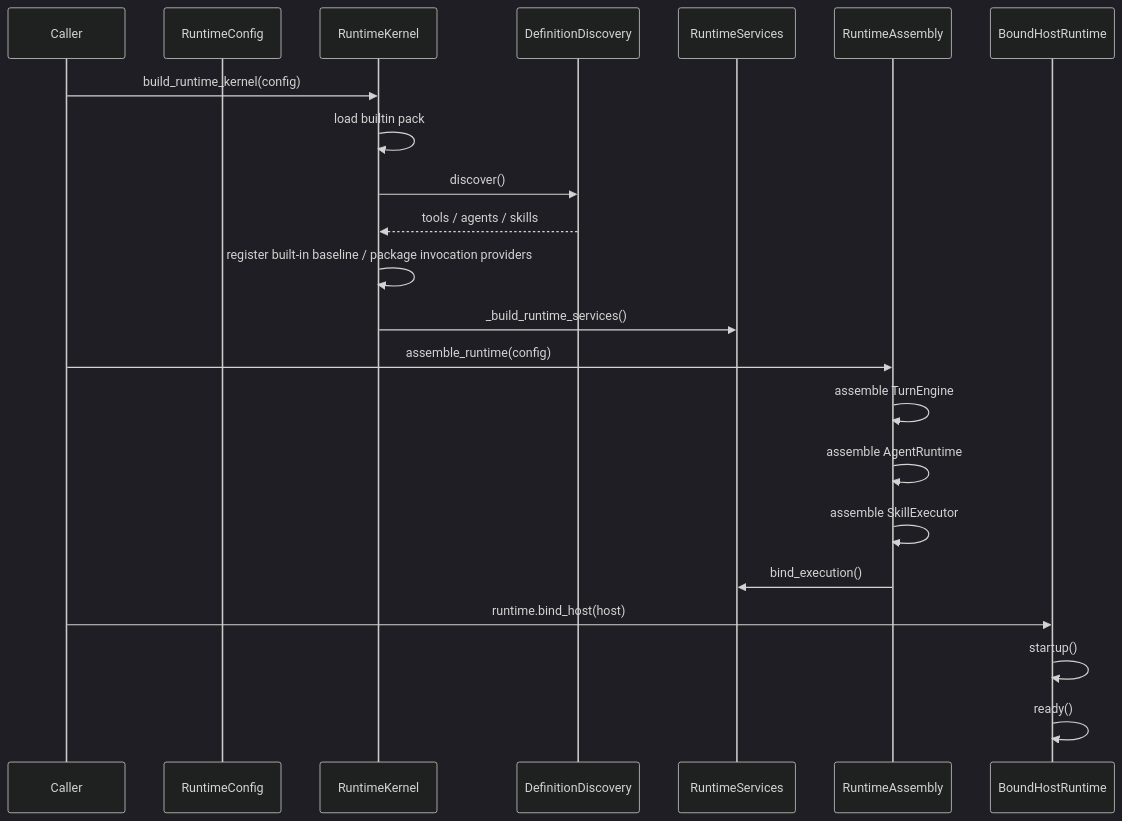
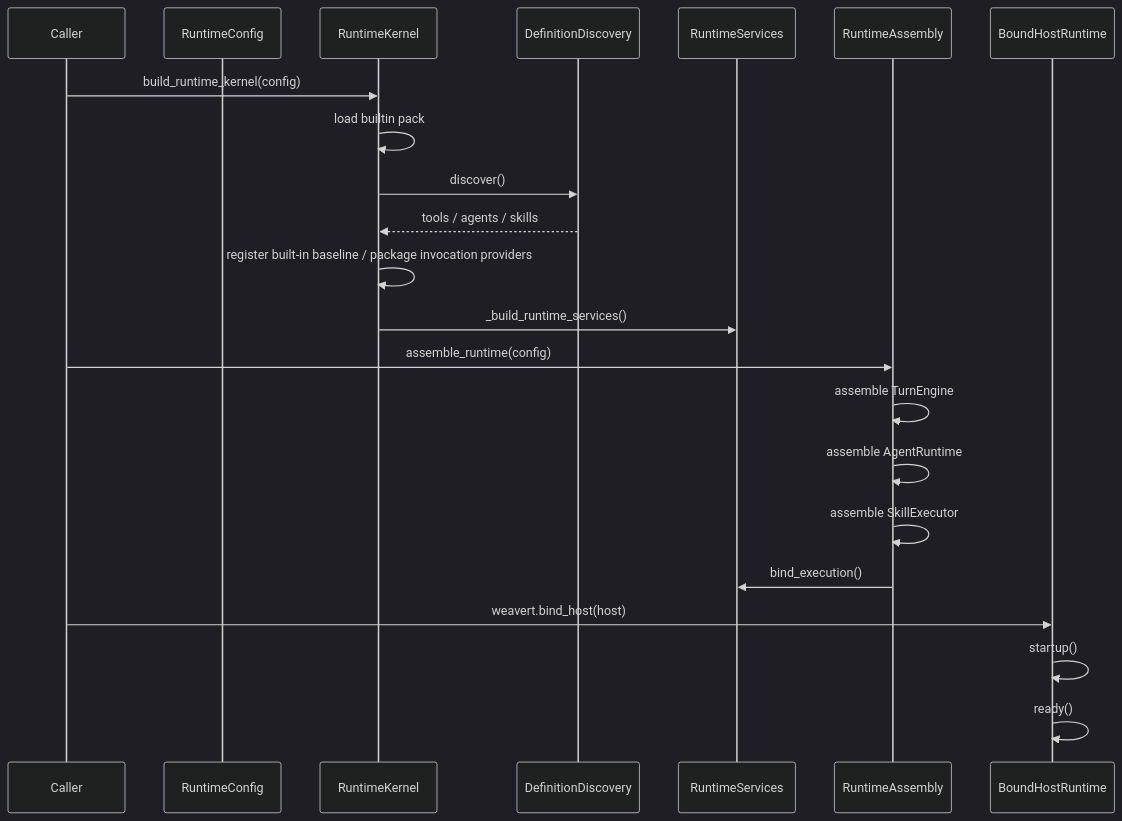
Before and after one commit to xyz2b/weave-ai-runtime: the second of 5 diagrams in docs/current-system-architecture.md, drawn with Mermaid (dark theme). The commit also changed other lines of this file and 43 other files, not shown here.

Commit message:
rebrand user-facing runtime surfaces to weavert

````diff
--- a/docs/current-system-architecture.md
+++ b/docs/current-system-architecture.md
@@ -1126,25 +1126,25 @@
 ```mermaid
 sequenceDiagram
     participant Caller as Caller
     participant Config as RuntimeConfig
     participant Kernel as RuntimeKernel
     participant Discovery as DefinitionDiscovery
     participant Services as RuntimeServices
     participant Runtime as RuntimeAssembly
     participant Host as BoundHostRuntime
 
     Caller->>Kernel: build_runtime_kernel(config)
     Kernel->>Kernel: load builtin pack
     Kernel->>Discovery: discover()
     Discovery-->>Kernel: tools / agents / skills
     Kernel->>Kernel: register built-in baseline / package invocation providers
     Kernel->>Services: _build_runtime_services()
     Caller->>Runtime: assemble_runtime(config)
     Runtime->>Runtime: assemble TurnEngine
     Runtime->>Runtime: assemble AgentRuntime
     Runtime->>Runtime: assemble SkillExecutor
     Runtime->>Services: bind_execution()
-    Caller->>Host: runtime.bind_host(host)
+    Caller->>Host: weavert.bind_host(host)
     Host->>Host: startup()
     Host->>Host: ready()
 ```
````
